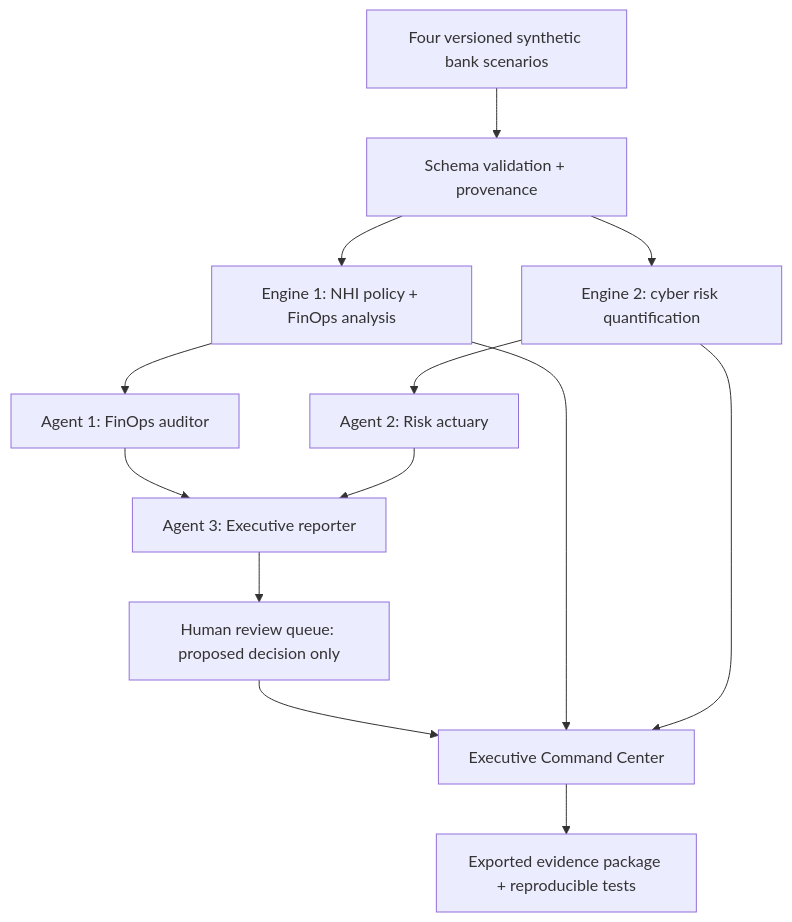
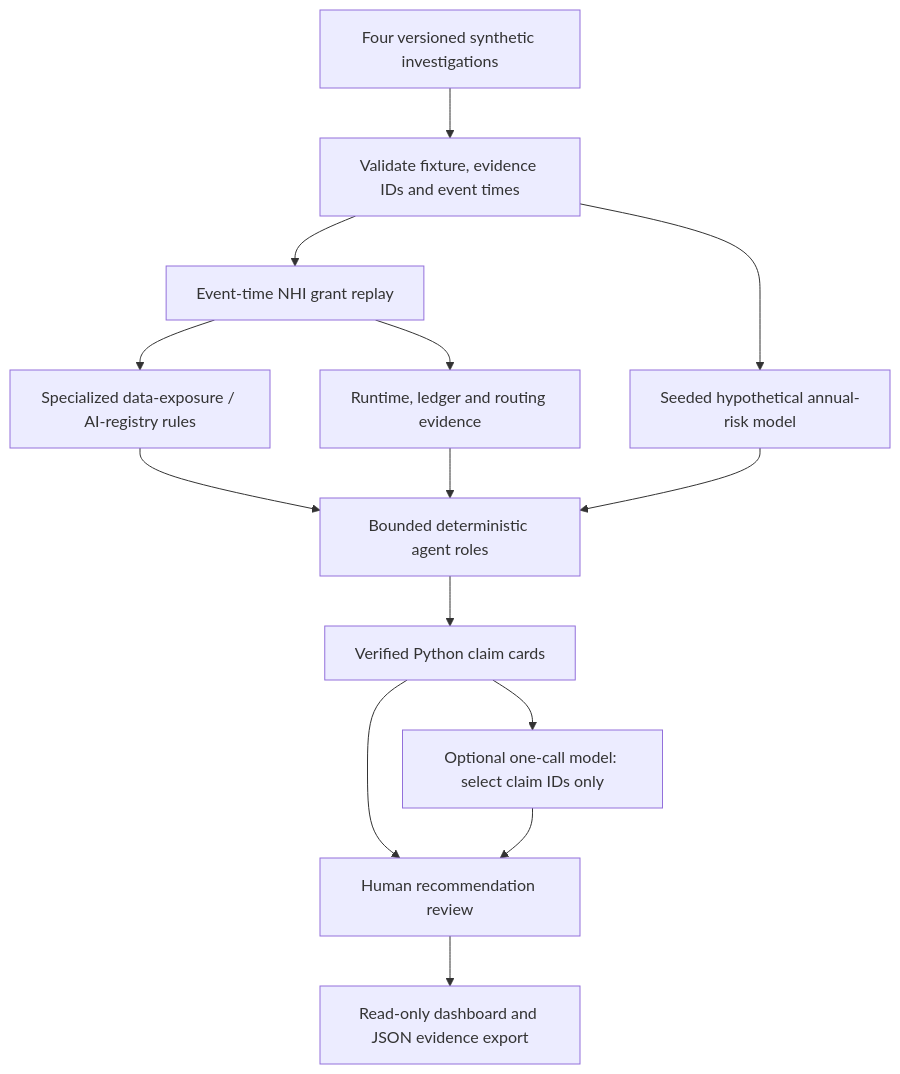
One commit to TAM-DS/AEGIS-NHI changed the diagram in docs/ARCHITECTURE.md. Above: the diagram before and after it, drawn with Mermaid. The commit also changed other lines of this file and 12 other files, not shown here.

First line of the commit message:
AEGIS-NHI v0.5: four synthetic investigations and evidence-locked briefings

````diff
--- a/docs/ARCHITECTURE.md
+++ b/docs/ARCHITECTURE.md
@@ -13,15 +11,16 @@
 ```mermaid
 flowchart TD
-    S["Four versioned synthetic bank scenarios"] --> N["Schema validation + provenance"]
-    N --> I["Engine 1: NHI policy + FinOps analysis"]
-    N --> R["Engine 2: cyber risk quantification"]
-    I --> A["Agent 1: FinOps auditor"]
-    R --> B["Agent 2: Risk actuary"]
-    A --> C["Agent 3: Executive reporter"]
-    B --> C
-    C --> Q["Human review queue: proposed decision only"]
-    Q --> D["Executive Command Center"]
-    I --> D
-    R --> D
-    D --> E["Exported evidence package + reproducible tests"]
+    F["Four versioned synthetic investigations"] --> V["Validate fixture, evidence IDs and event times"]
+    V --> P["Event-time NHI grant replay"]
+    V --> R["Seeded hypothetical annual-risk model"]
+    P --> I["Specialized data-exposure / AI-registry rules"]
+    P --> L["Runtime, ledger and routing evidence"]
+    I --> G["Bounded deterministic agent roles"]
+    L --> G
+    R --> G
+    G --> C["Verified Python claim cards"]
+    C --> H["Human recommendation review"]
+    C --> O["Optional one-call model: select claim IDs only"]
+    O --> H
+    H --> X["Read-only dashboard and JSON evidence export"]
 ```
````
